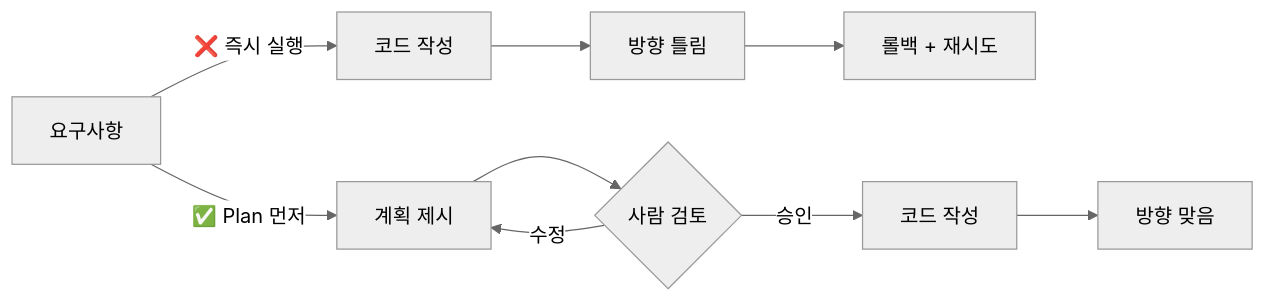
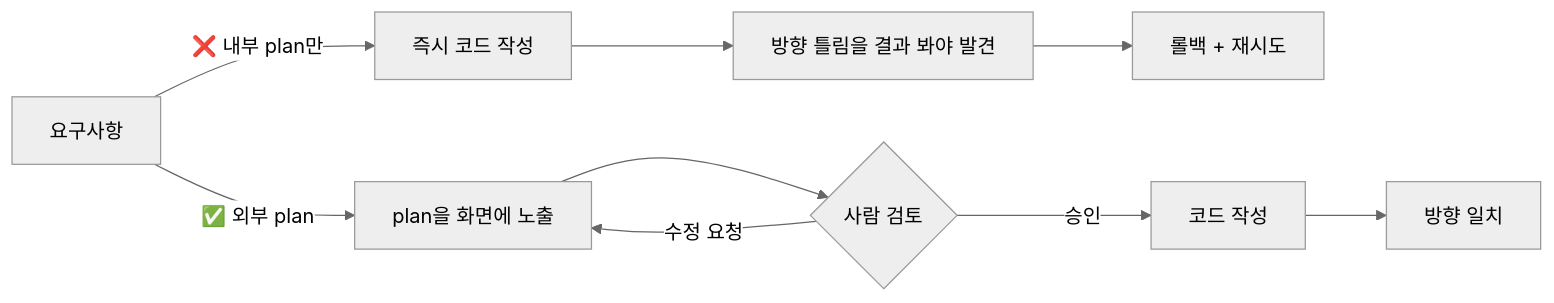
Before and after one commit to imakerjun/harness-engineering-workshop: the diagram in content/block2/plan.mdx, drawn with Mermaid (neutral theme). The commit also changed other lines of this file and 24 other files, not shown here.

````diff
--- a/content/block2/plan.mdx
+++ b/content/block2/plan.mdx
@@ -40,12 +40,12 @@
 ```mermaid
 flowchart LR
-    A[요구사항] -->|❌ 즉시 실행| B1[코드 작성]
-    B1 --> C1[방향 틀림]
+    A[요구사항] -->|❌ 내부 plan만| B1[즉시 코드 작성]
+    B1 --> C1[방향 틀림을 결과 봐야 발견]
     C1 --> D1[롤백 + 재시도]
 
-    A -->|✅ Plan 먼저| B2[계획 제시]
+    A -->|✅ 외부 plan| B2[plan을 화면에 노출]
     B2 --> V{사람 검토}
-    V -->|수정| B2
+    V -->|수정 요청| B2
     V -->|승인| E[코드 작성]
-    E --> F[방향 맞음]
+    E --> F[방향 일치]
 ```
````
